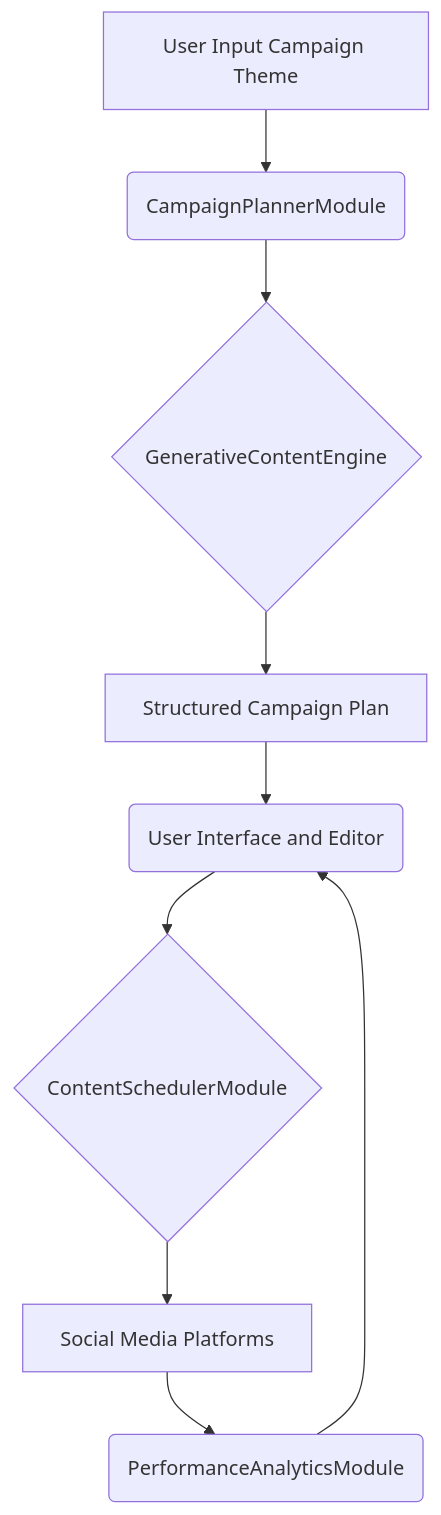
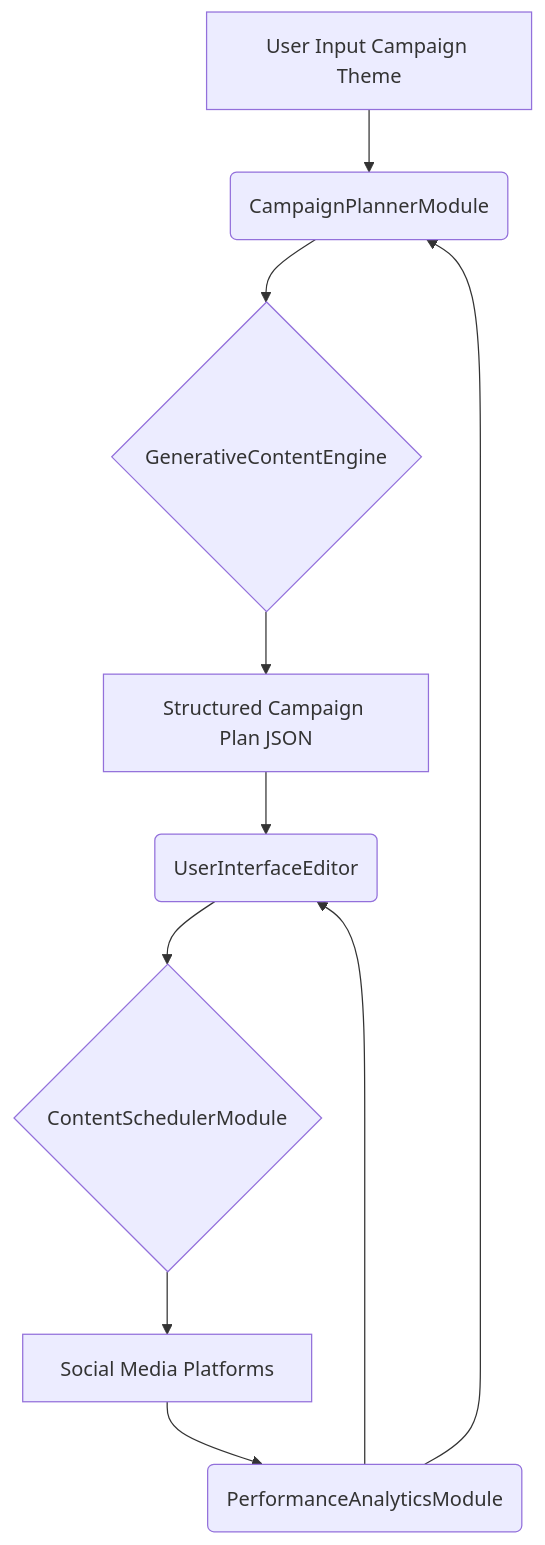
One commit to diplomat-bit/Citibank_Demo_Business_Inc_Demonstration- changed the first of 10 diagrams in inventions/045_generative_social_media_campaign_planning.md. Above: the diagram before and after it, drawn with Mermaid. The commit also changed other lines of this file, not shown here.

Commit message:
[AI] Edit: inventions/045_generative_social_media_campaign_planning.md

````diff
--- a/inventions/045_generative_social_media_campaign_planning.md
+++ b/inventions/045_generative_social_media_campaign_planning.md
@@ -31,11 +60,12 @@
 ```mermaid
 graph TD
     A[User Input Campaign Theme] --> B(CampaignPlannerModule);
     B --> C{GenerativeContentEngine};
-    C --> D[Structured Campaign Plan];
-    D --> E(User Interface and Editor);
+    C --> D[Structured Campaign Plan JSON];
+    D --> E(UserInterfaceEditor);
     E --> F{ContentSchedulerModule};
     F --> G[Social Media Platforms];
     G --> H(PerformanceAnalyticsModule);
+    H --> B;
     H --> E;
 ```
````
